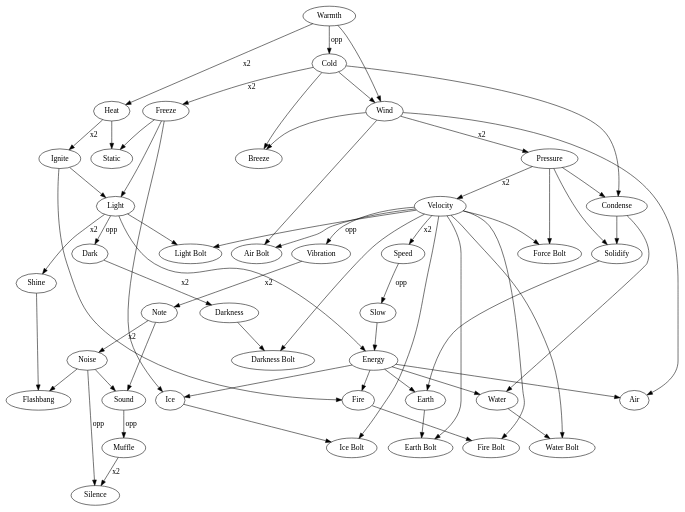
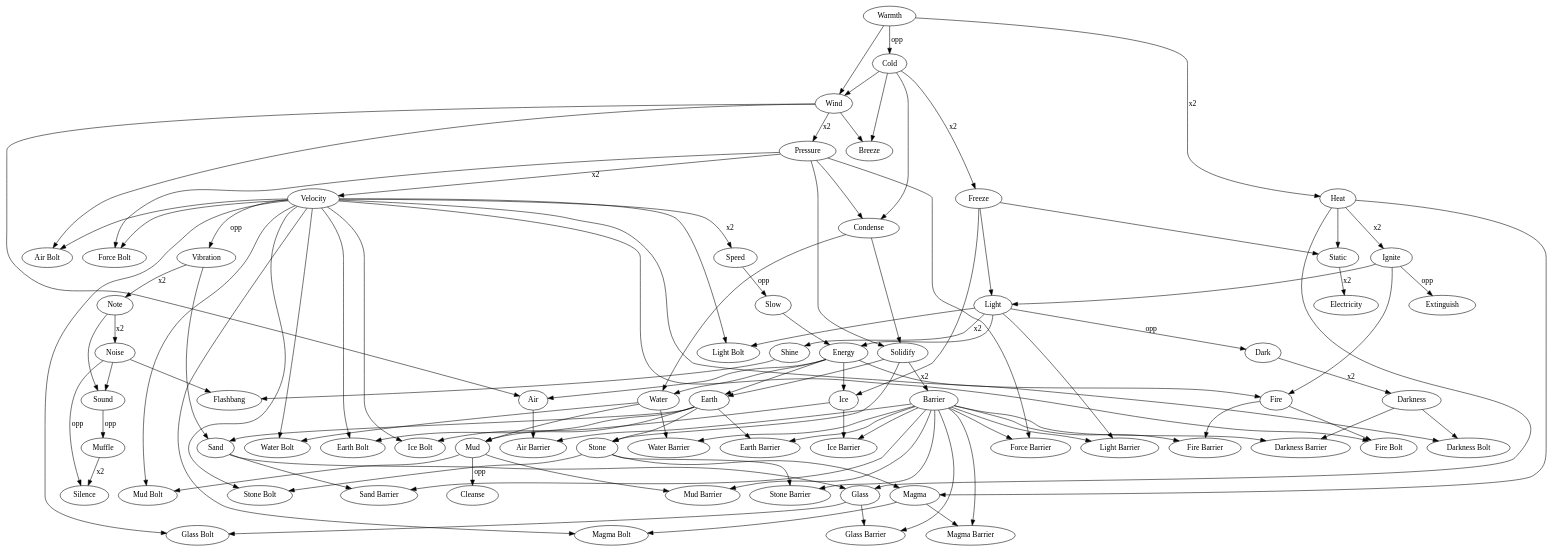
One commit to Ayutac/enchant changed the diagram in src/main/resources/magic.dot. Above: the diagram before and after it, drawn with Graphviz. The commit also changed 1 other file, not shown here.

```diff
--- a/src/main/resources/magic.dot
+++ b/src/main/resources/magic.dot
@@ -1,41 +1,67 @@
 digraph {
   Light -> Dark [label="opp"]
   Note -> Noise [label="x2"]
   Noise -> Silence [label="opp"]
   Note, Noise -> Sound
   Sound -> Muffle [label="opp"]
   Muffle -> Silence [label="x2"]
   Noise, Shine -> Flashbang
   Warmth -> Cold [label="opp"]
   Pressure -> Velocity [label="x2"];
   Pressure, Velocity -> "Force Bolt"
   Warmth, Cold -> Wind
   Wind, Velocity -> "Air Bolt"
   Wind -> Pressure [label="x2"]
   Light, Velocity -> "Light Bolt"
   Darkness, Velocity -> "Darkness Bolt"
   Light -> Shine [label="x2"]
   Dark -> Darkness [label="x2"]
   Velocity -> Speed [label="x2"]
   Speed -> Slow [label="opp"]
   Wind, Cold -> Breeze
   Warmth -> Heat [label="x2"]
   Cold -> Freeze [label="x2"]
   Heat -> Ignite [label="x2"]
   Cold, Pressure -> Condense
   Condense, Pressure -> Solidify
   Slow, Light -> Energy
   Energy, Ignite -> Fire
   Energy, Condense -> Water
   Energy, Wind -> Air
   Energy, Freeze -> Ice
   Energy, Solidify -> Earth
   Velocity -> Vibration [label="opp"]
   Vibration -> Note [label="x2"]
   Heat, Freeze -> Static
   Ignite, Freeze -> Light
   Fire, Velocity -> "Fire Bolt"
   Water, Velocity -> "Water Bolt"
   Ice, Velocity -> "Ice Bolt"
   Earth, Velocity -> "Earth Bolt"
+  Ignite -> Extinguish [label="opp"]
+  Earth, Water -> Mud
+  Mud, Velocity -> "Mud Bolt"
+  Mud -> Cleanse [label="opp"]
+  Vibration, Earth -> Sand
+  Static -> Electricity [label="x2"]
+  Solidify, Earth -> Stone
+  Stone, Velocity -> "Stone Bolt"
+  Heat, Stone -> Magma
+  Magma, Velocity -> "Magma Bolt"
+  Heat, Sand -> Glass
+  Glass, Velocity -> "Glass Bolt"
+  Solidify -> Barrier [label="x2"]
+  Barrier, Air -> "Air Barrier"
+  Barrier, Water -> "Water Barrier"
+  Barrier, Ice -> "Ice Barrier"
+  Barrier, Fire -> "Fire Barrier"
+  Barrier, Earth -> "Earth Barrier"
+  Barrier, Mud -> "Mud Barrier"
+  Barrier, Stone -> "Stone Barrier"
+  Barrier, Sand -> "Sand Barrier"
+  Barrier, Glass -> "Glass Barrier"
+  Barrier, Magma -> "Magma Barrier"
+  Barrier, Light -> "Light Barrier"
+  Barrier, Darkness -> "Darkness Barrier"
+  Barrier, Pressure -> "Force Barrier"
 }
```
